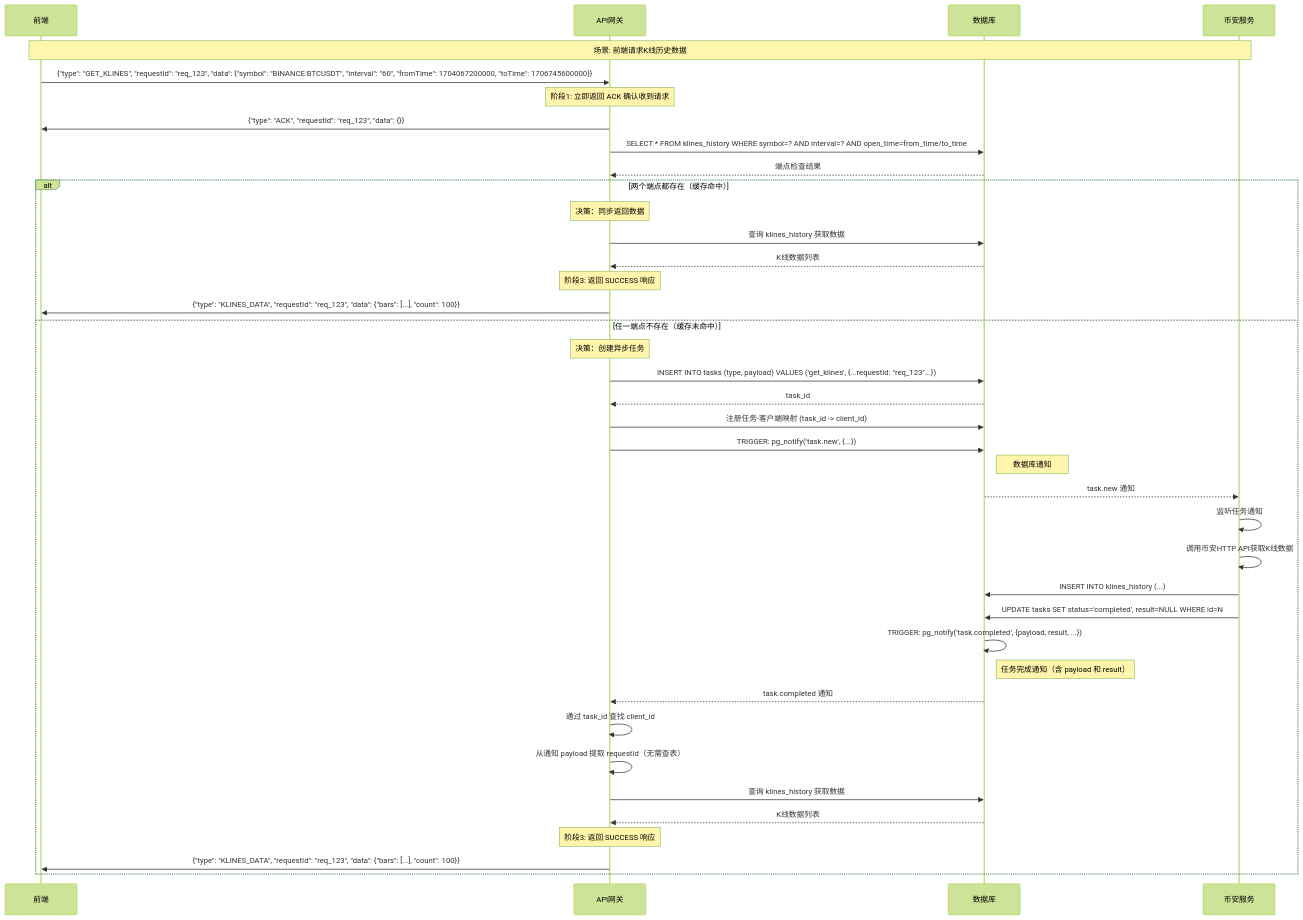
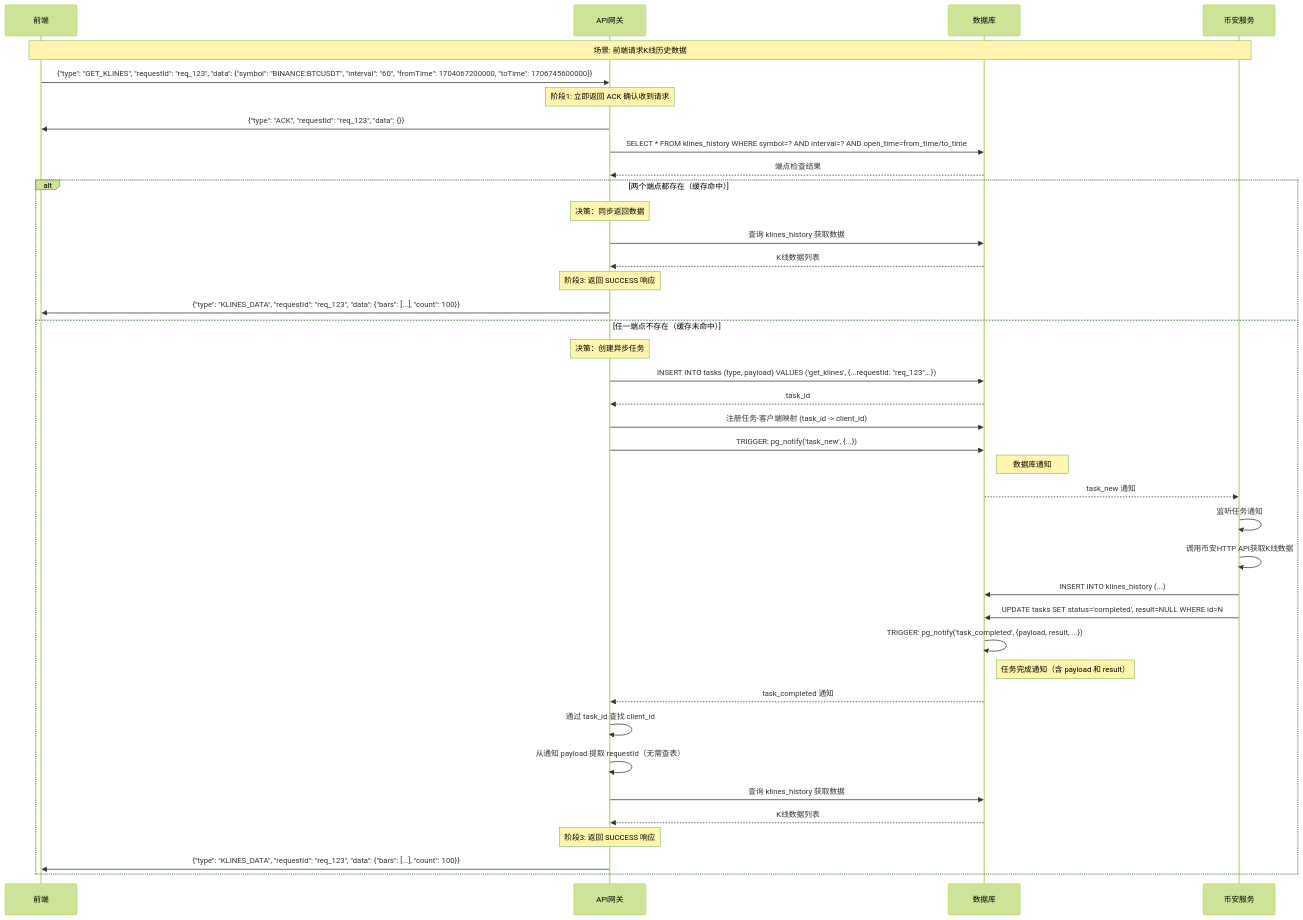
Before and after one commit to mj2154/quant-trading-system-2602: the ninth of 10 diagrams in docs/backend/design/02-dataflow.md, drawn with Mermaid (forest theme). The commit also changed other lines of this file and 32 other files, not shown here.

````diff
--- a/docs/backend/design/02-dataflow.md
+++ b/docs/backend/design/02-dataflow.md
@@ -471,60 +471,60 @@
 ```mermaid
 sequenceDiagram
     participant Front as 前端
     participant GW as API网关
     participant DB as 数据库
     participant BN as 币安服务
 
     Note over Front, BN: 场景: 前端请求K线历史数据
 
     %% 步骤1: 接收请求
     Front->>GW: {"type": "GET_KLINES", "requestId": "req_123", "data": {"symbol": "BINANCE:BTCUSDT", "interval": "60", "fromTime": 1704067200000, "toTime": 1706745600000}}
 
     Note over GW: 阶段1: 立即返回 ACK 确认收到请求
     GW->>Front: {"type": "ACK", "requestId": "req_123", "data": {}}
 
     %% 步骤2: 检查端点
     GW->>DB: SELECT * FROM klines_history WHERE symbol=? AND interval=? AND open_time=from_time/to_time
     DB-->>GW: 端点检查结果
 
     alt 两个端点都存在（缓存命中）
         Note over GW: 决策：同步返回数据
         GW->>DB: 查询 klines_history 获取数据
         DB-->>GW: K线数据列表
         Note over GW: 阶段3: 返回 SUCCESS 响应
         GW->>Front: {"type": "KLINES_DATA", "requestId": "req_123", "data": {"bars": [...], "count": 100}}
 
     else 任一端点不存在（缓存未命中）
         Note over GW: 决策：创建异步任务
         GW->>DB: INSERT INTO tasks (type, payload) VALUES ('get_klines', {...requestId: "req_123"...})
         DB-->>GW: task_id
         GW->>DB: 注册任务-客户端映射 (task_id -> client_id)
 
-        GW->>DB: TRIGGER: pg_notify('task.new', {...})
+        GW->>DB: TRIGGER: pg_notify('task_new', {...})
 
         Note right of DB: 数据库通知
-        DB-->>BN: task.new 通知
+        DB-->>BN: task_new 通知
 
         BN->>BN: 监听任务通知
         BN->>BN: 调用币安HTTP API获取K线数据
 
         %% 步骤3: 写入数据
         BN->>DB: INSERT INTO klines_history (...)
 
         %% 步骤4: 完成任务
         BN->>DB: UPDATE tasks SET status='completed', result=NULL WHERE id=N
-        DB->>DB: TRIGGER: pg_notify('task.completed', {payload, result, ...})
+        DB->>DB: TRIGGER: pg_notify('task_completed', {payload, result, ...})
 
         Note right of DB: 任务完成通知（含 payload 和 result）
-        DB-->>GW: task.completed 通知
+        DB-->>GW: task_completed 通知
 
         GW->>GW: 通过 task_id 查找 client_id
         GW->>GW: 从通知 payload 提取 requestId（无需查表）
 
         GW->>DB: 查询 klines_history 获取数据
         DB-->>GW: K线数据列表
 
         Note over GW: 阶段3: 返回 SUCCESS 响应
         GW->>Front: {"type": "KLINES_DATA", "requestId": "req_123", "data": {"bars": [...], "count": 100}}
     end
 ```
````
